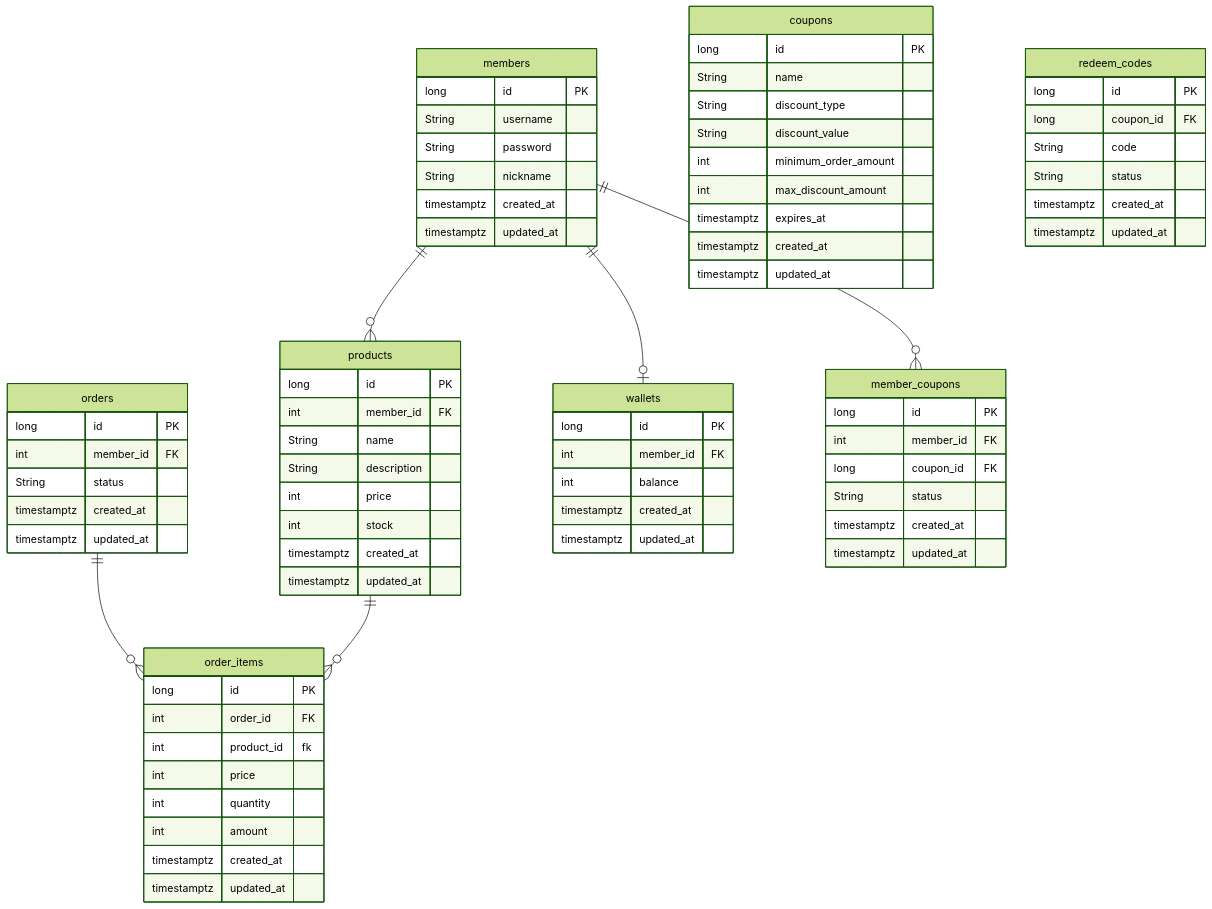
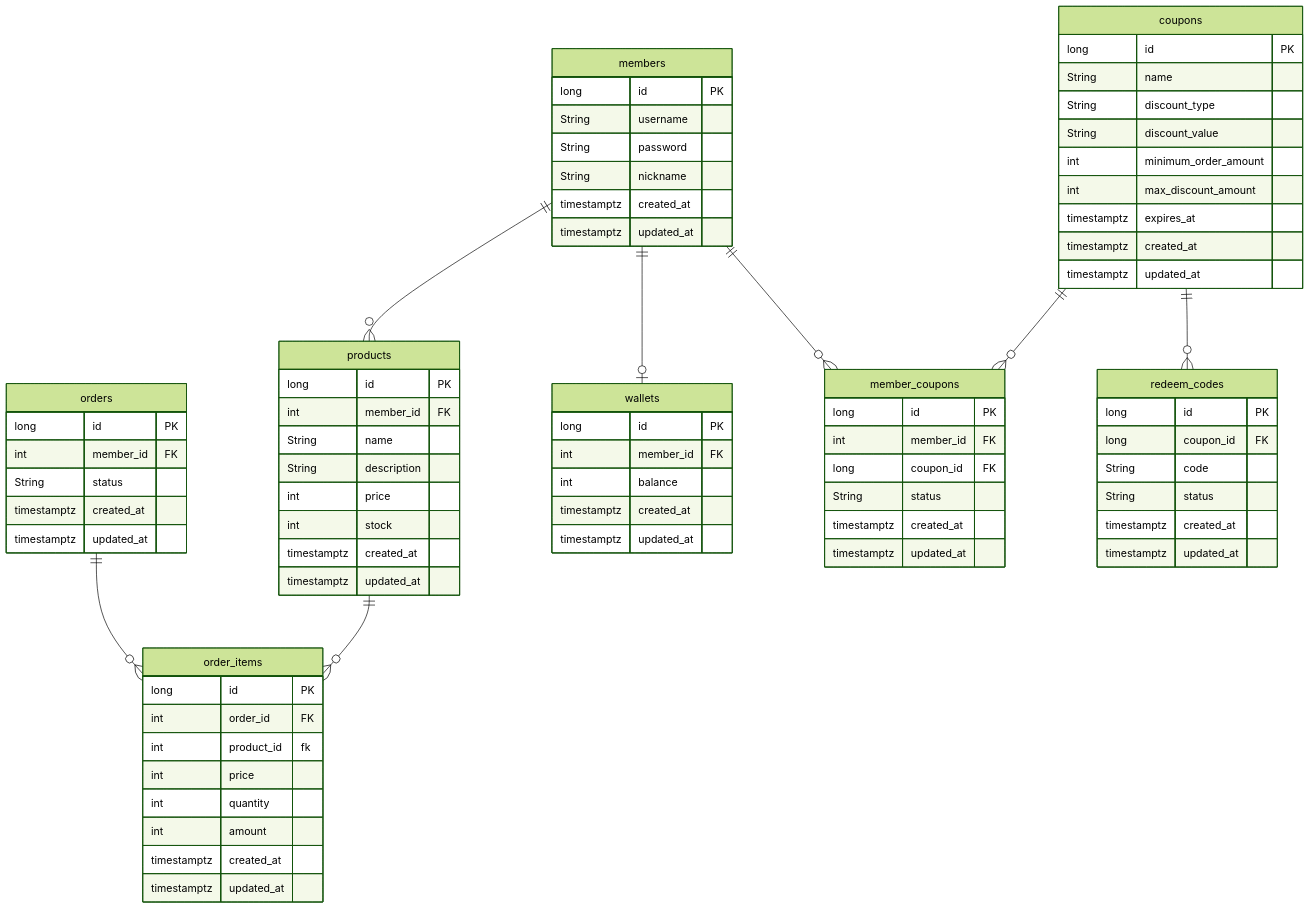
The diagram in document/docs/erd.md (dodudi/rudy-project), drawn with Mermaid (forest theme) before and after one commit.

````diff
--- a/document/docs/erd.md
+++ b/document/docs/erd.md
@@ -83,4 +83,6 @@
 products ||--o{ order_items : ""
 members ||--o| wallets : ""
 members ||--o{ member_coupons : ""
+coupons ||--o{ member_coupons : ""
+coupons ||--o{ redeem_codes : ""
 ```
````
